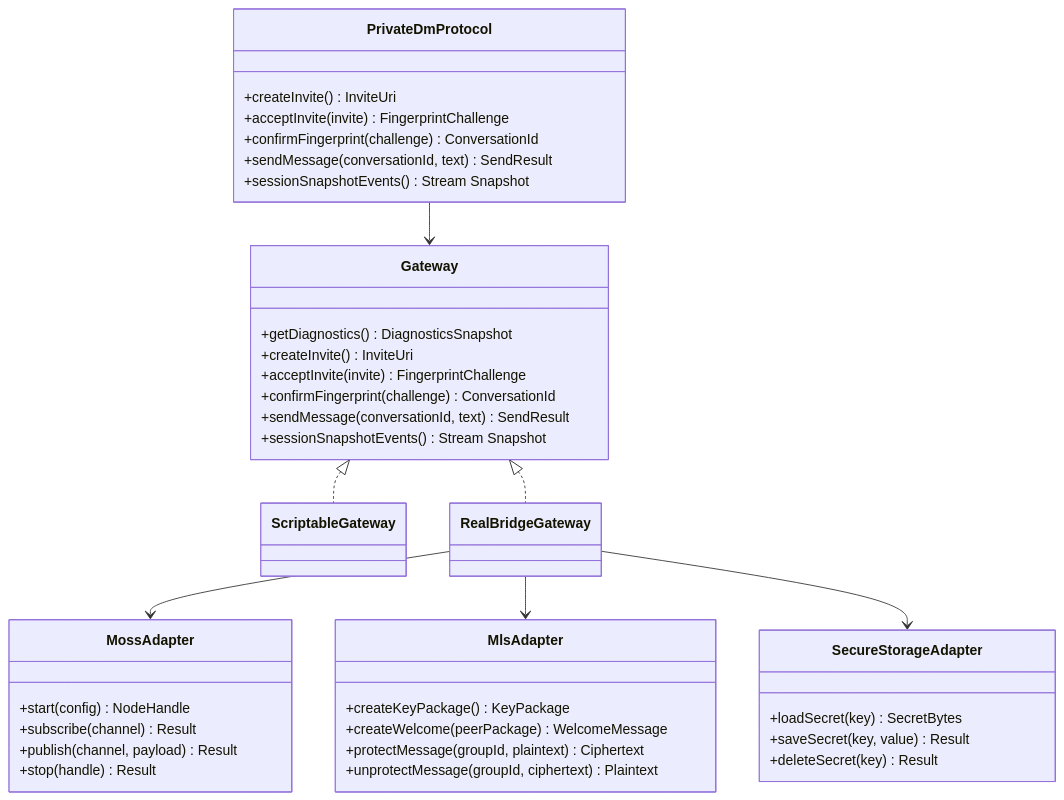
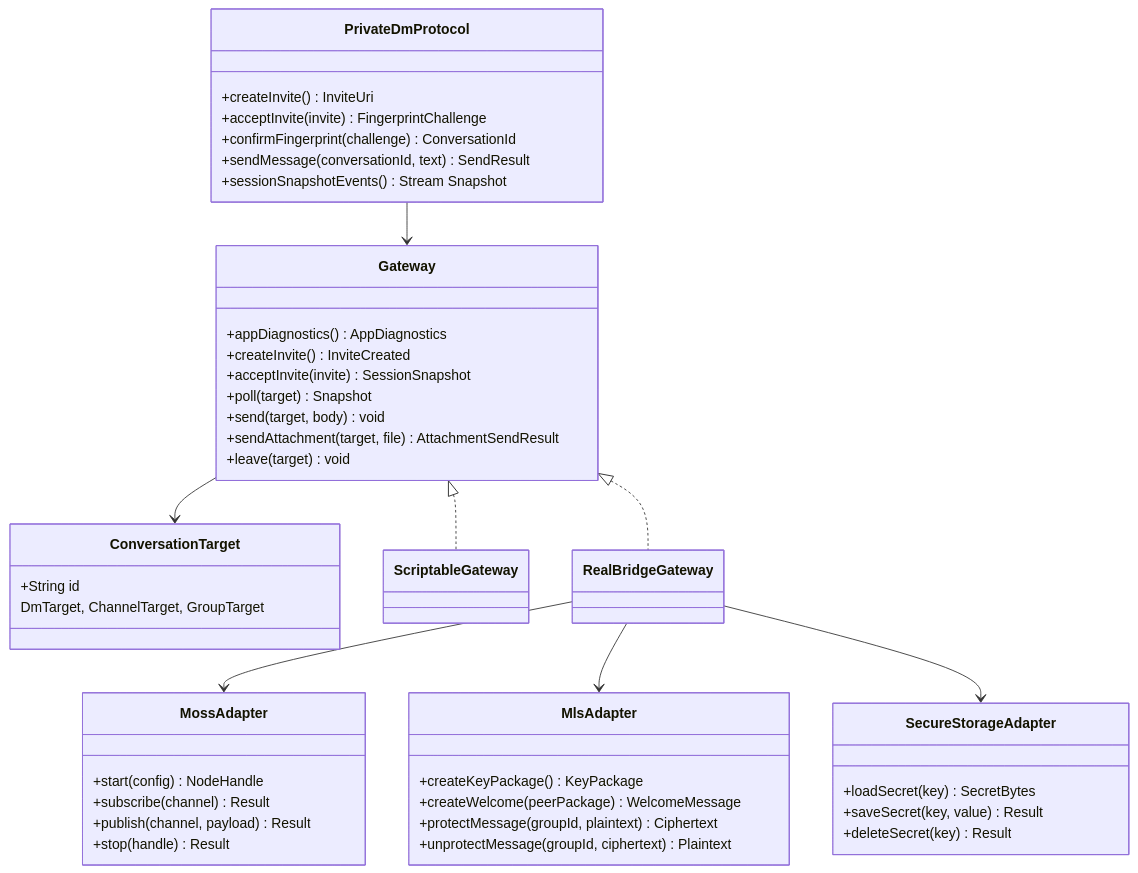
One commit to redstone-md/mosh-flutter changed the fifth of 5 diagrams in docs/Architecture.md. Above: the diagram before and after it, drawn with Mermaid. The commit also changed other lines of this file and 5 other files, not shown here.

First line of the commit message:
docs(gateway): record the conversation-target seam

````diff
--- a/docs/Architecture.md
+++ b/docs/Architecture.md
@@ -147,52 +147,59 @@
 ```mermaid
 classDiagram
     class PrivateDmProtocol {
       +createInvite() InviteUri
       +acceptInvite(invite) FingerprintChallenge
       +confirmFingerprint(challenge) ConversationId
       +sendMessage(conversationId, text) SendResult
       +sessionSnapshotEvents() Stream Snapshot
     }
 
     class Gateway {
-      +getDiagnostics() DiagnosticsSnapshot
-      +createInvite() InviteUri
-      +acceptInvite(invite) FingerprintChallenge
-      +confirmFingerprint(challenge) ConversationId
-      +sendMessage(conversationId, text) SendResult
-      +sessionSnapshotEvents() Stream Snapshot
+      +appDiagnostics() AppDiagnostics
+      +createInvite() InviteCreated
+      +acceptInvite(invite) SessionSnapshot
+      +poll(target) Snapshot
+      +send(target, body) void
+      +sendAttachment(target, file) AttachmentSendResult
+      +leave(target) void
+    }
+
+    class ConversationTarget {
+      +String id
+      DmTarget, ChannelTarget, GroupTarget
     }
 
     class ScriptableGateway {
     }
 
     class RealBridgeGateway {
     }
 
     class MossAdapter {
       +start(config) NodeHandle
       +subscribe(channel) Result
       +publish(channel, payload) Result
       +stop(handle) Result
     }
 
     class MlsAdapter {
       +createKeyPackage() KeyPackage
       +createWelcome(peerPackage) WelcomeMessage
       +protectMessage(groupId, plaintext) Ciphertext
       +unprotectMessage(groupId, ciphertext) Plaintext
     }
 
     class SecureStorageAdapter {
       +loadSecret(key) SecretBytes
       +saveSecret(key, value) Result
       +deleteSecret(key) Result
     }
 
     PrivateDmProtocol --> Gateway
+    Gateway --> ConversationTarget
     Gateway <|.. ScriptableGateway
     Gateway <|.. RealBridgeGateway
     RealBridgeGateway --> MossAdapter
     RealBridgeGateway --> MlsAdapter
     RealBridgeGateway --> SecureStorageAdapter
 ```
````
